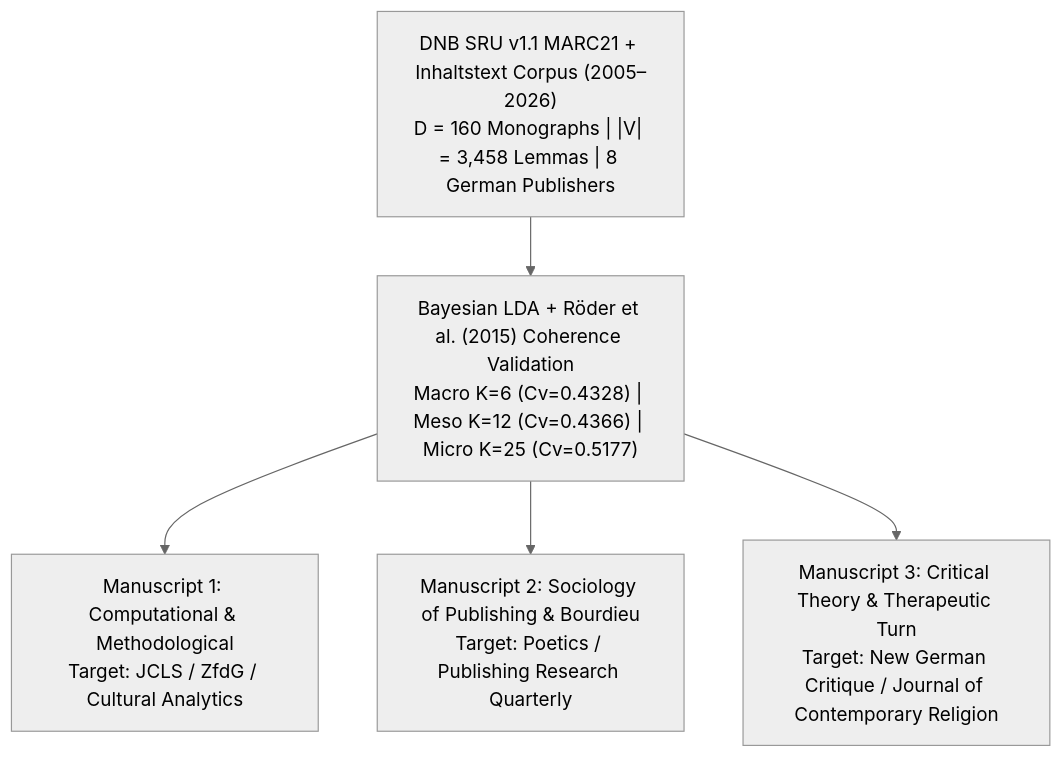
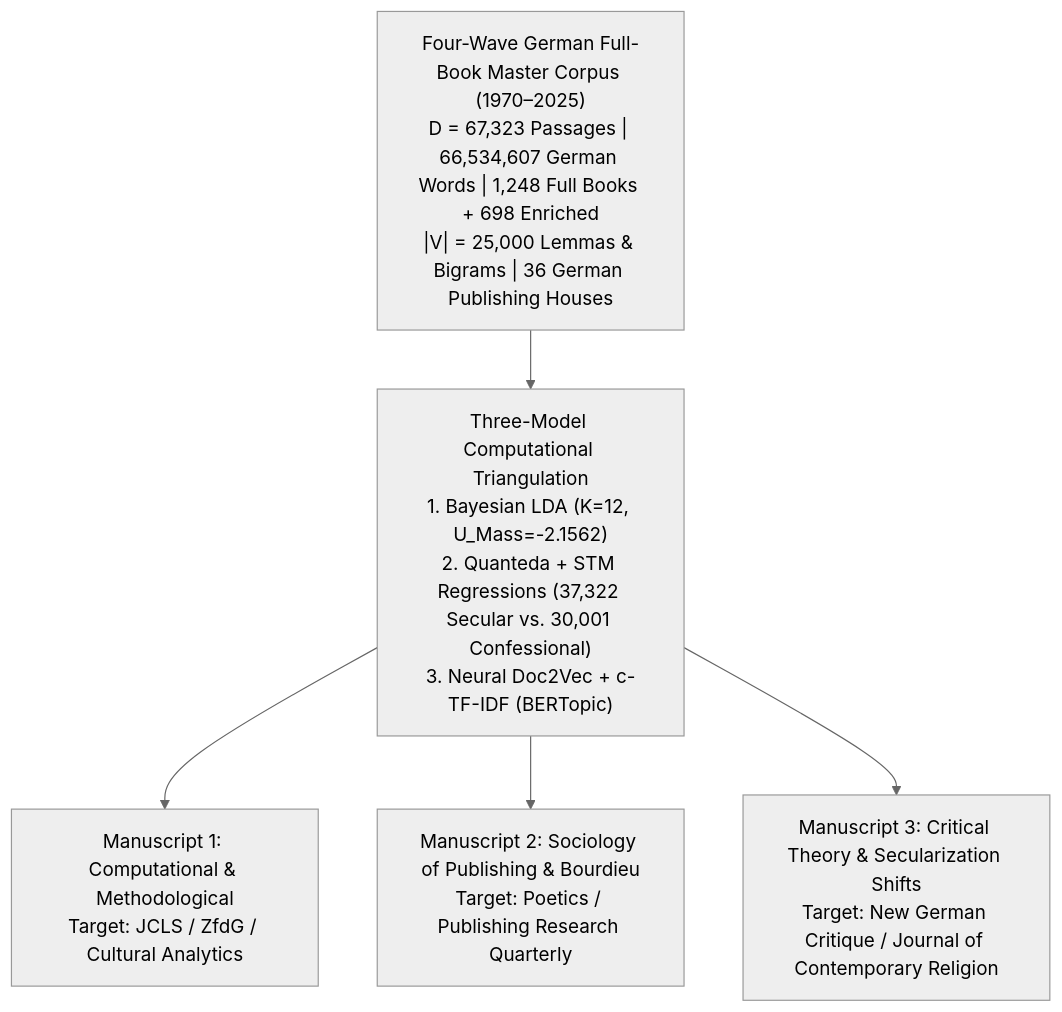
Before and after one commit to metachasm-beep/Deutsche-Verlage-LDA: the diagram in docs/JOURNAL_SUBMISSION_STRATEGY.md, drawn with Mermaid (neutral theme). The commit also changed other lines of this file and 5 other files, not shown here.

Commit message:
Update dissertation manuscript chapters and journal blueprints with Wave-4 67,323-doc (66.53M-word) statistics

````diff
--- a/docs/JOURNAL_SUBMISSION_STRATEGY.md
+++ b/docs/JOURNAL_SUBMISSION_STRATEGY.md
@@ -14,10 +14,10 @@
 ```mermaid
 flowchart TD
-    Corpus["DNB SRU v1.1 MARC21 + Inhaltstext Corpus (2005–2026)\nD = 160 Monographs | |V| = 3,458 Lemmas | 8 German Publishers"]
-    Pipeline["Bayesian LDA + Röder et al. (2015) Coherence Validation\nMacro K=6 (Cv=0.4328) | Meso K=12 (Cv=0.4366) | Micro K=25 (Cv=0.5177)"]
+    Corpus["Four-Wave German Full-Book Master Corpus (1970–2025)\nD = 67,323 Passages | 66,534,607 German Words | 1,248 Full Books + 698 Enriched\n|V| = 25,000 Lemmas & Bigrams | 36 German Publishing Houses"]
+    Pipeline["Three-Model Computational Triangulation\n1. Bayesian LDA (K=12, U_Mass=-2.1562)\n2. Quanteda + STM Regressions (37,322 Secular vs. 30,001 Confessional)\n3. Neural Doc2Vec + c-TF-IDF (BERTopic)"]
     Corpus --> Pipeline
 
     Pipeline --> Paper1["Manuscript 1: Computational & Methodological\nTarget: JCLS / ZfdG / Cultural Analytics"]
     Pipeline --> Paper2["Manuscript 2: Sociology of Publishing & Bourdieu\nTarget: Poetics / Publishing Research Quarterly"]
-    Pipeline --> Paper3["Manuscript 3: Critical Theory & Therapeutic Turn\nTarget: New German Critique / Journal of Contemporary Religion"]
+    Pipeline --> Paper3["Manuscript 3: Critical Theory & Secularization Shifts\nTarget: New German Critique / Journal of Contemporary Religion"]
 ```
````
